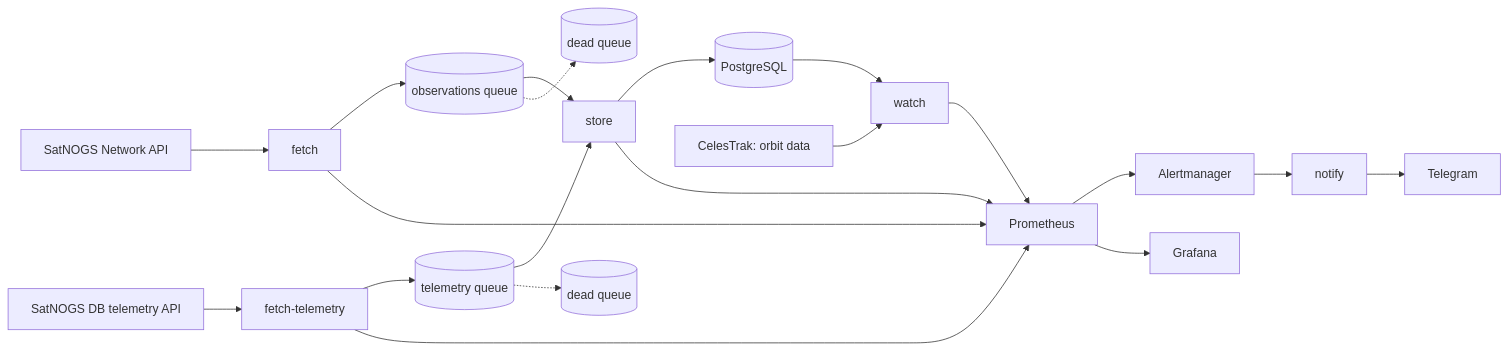
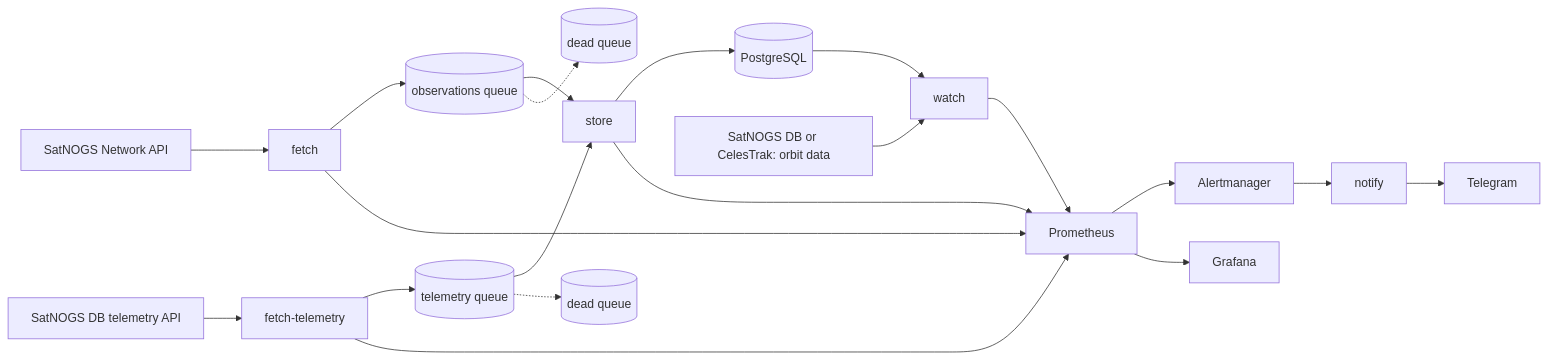
The diagram in README.md (supremeinferno/satnogs-pipeline), drawn with Mermaid before and after one commit. The commit also changed other lines of this file, not shown here.

Commit message:
README: watch gets orbit data from SatNOGS DB first, CelesTrak second

````diff
--- a/README.md
+++ b/README.md
@@ -11,17 +11,17 @@
 ```mermaid
 flowchart LR
   NET[SatNOGS Network API] --> F[fetch]
   DB[SatNOGS DB telemetry API] --> FT[fetch-telemetry]
   F --> Q1[(observations queue)]
   FT --> Q2[(telemetry queue)]
   Q1 --> S[store]
   Q2 --> S
   S --> PG[(PostgreSQL)]
   Q1 -.-> D1[(dead queue)]
   Q2 -.-> D2[(dead queue)]
   PG --> W[watch]
-  CT[CelesTrak: orbit data] --> W
+  CT[SatNOGS DB or CelesTrak: orbit data] --> W
   F & FT & S & W --> PR[Prometheus]
   PR --> AM[Alertmanager] --> N[notify] --> TG[Telegram]
   PR --> GR[Grafana]
 ```
````
